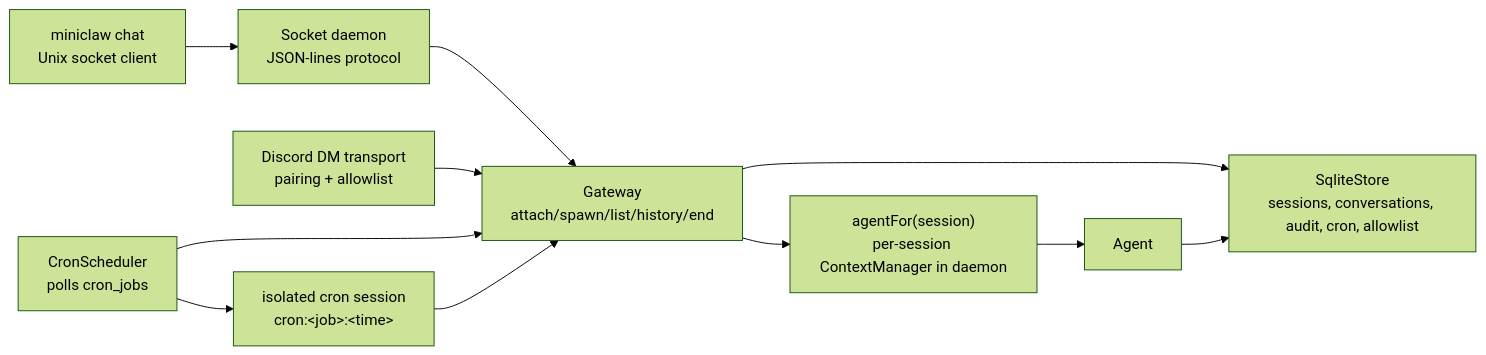
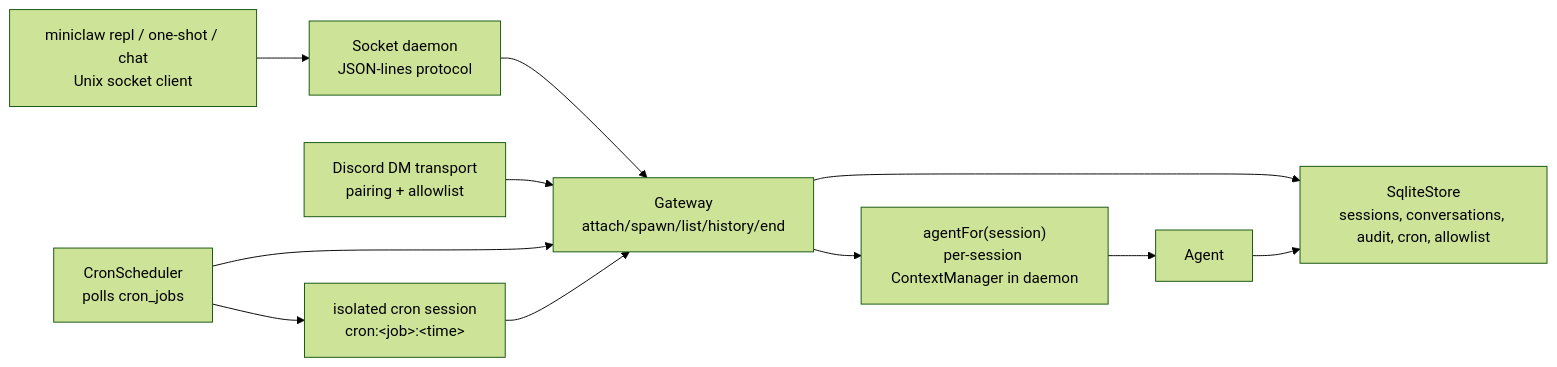
One commit to Crazy-Faust/miniclaw changed the third of 6 diagrams in docs/ARCHITECTURE.md. Above: the diagram before and after it, drawn with Mermaid (forest theme). The commit also changed other lines of this file and 3 other files, not shown here.

````diff
--- a/docs/ARCHITECTURE.md
+++ b/docs/ARCHITECTURE.md
@@ -125,23 +125,23 @@
 ```mermaid
 flowchart LR
-  chat["miniclaw chat<br/>Unix socket client"]
+  chat["miniclaw repl / one-shot / chat<br/>Unix socket client"]
   discord["Discord DM transport<br/>pairing + allowlist"]
   daemon["Socket daemon<br/>JSON-lines protocol"]
   gateway["Gateway<br/>attach/spawn/list/history/end"]
   scheduler["CronScheduler<br/>polls cron_jobs"]
   cronSession["isolated cron session<br/>cron:&lt;job&gt;:&lt;time&gt;"]
   store["SqliteStore<br/>sessions, conversations, audit, cron, allowlist"]
   agentFactory["agentFor(session)<br/>per-session ContextManager in daemon"]
   agent["Agent"]
 
   chat --> daemon
   daemon --> gateway
   discord --> gateway
   scheduler --> gateway
   scheduler --> cronSession
   cronSession --> gateway
   gateway --> store
   gateway --> agentFactory
   agentFactory --> agent
   agent --> store
 ```
````
